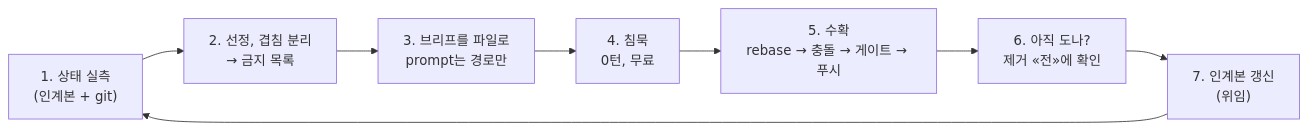
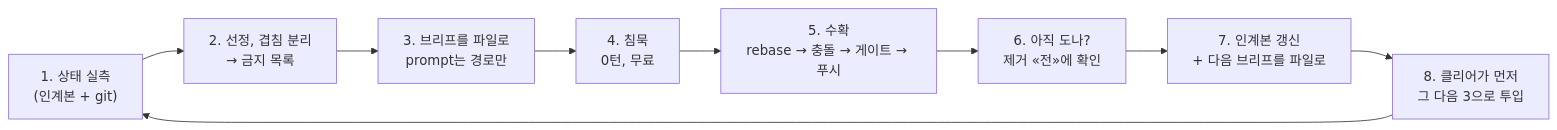
Before and after one commit to sh5623/parallel-worktree: the first of 2 diagrams in README.ko.md, drawn with Mermaid. The commit also changed 3 other files, not shown here.

````diff
--- a/README.ko.md
+++ b/README.ko.md
@@ -90,10 +90,11 @@
 ```mermaid
 flowchart LR
     A["1. 상태 실측<br/>(인계본 + git)"] --> B["2. 선정, 겹침 분리<br/>→ 금지 목록"]
     B --> C["3. 브리프를 파일로<br/>prompt는 경로만"]
     C --> D["4. 침묵<br/>0턴, 무료"]
     D --> E["5. 수확<br/>rebase → 충돌 → 게이트 → 푸시"]
     E --> F["6. 아직 도나?<br/>제거 «전»에 확인"]
-    F --> G["7. 인계본 갱신<br/>(위임)"]
-    G --> A
+    F --> G["7. 인계본 갱신<br/>+ 다음 브리프를 파일로"]
+    G --> H["8. 클리어가 먼저<br/>그 다음 3으로 투입"]
+    H --> A
 ```
````
